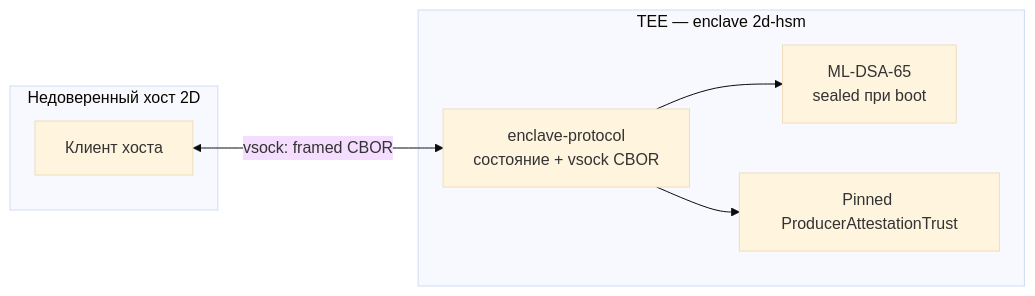
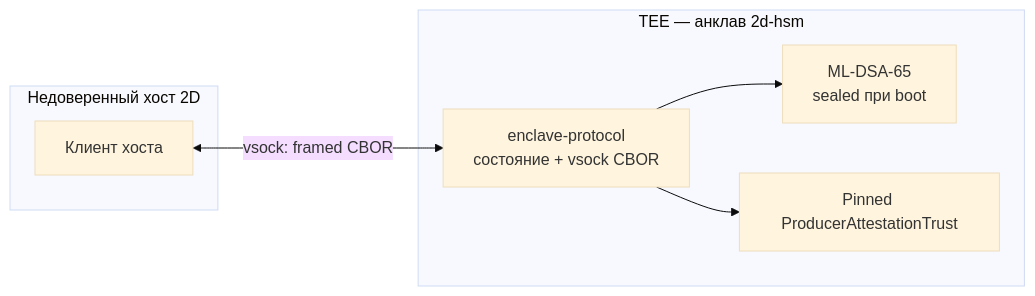
Before and after one commit to igor53627/2d-docs: the first of 2 diagrams in src/content/docs/ru/architecture/pq-signing-tee.mdx, drawn with Mermaid (base theme). The commit also changed other lines of this file and 1 other file, not shown here.

First line of the commit message:
docs(ru): improve Russian translation in architecture docs

````diff
--- a/src/content/docs/ru/architecture/pq-signing-tee.mdx
+++ b/src/content/docs/ru/architecture/pq-signing-tee.mdx
@@ -25,14 +25,14 @@
 ```mermaid
 flowchart LR
   subgraph host["Недоверенный хост 2D"]
     client["Клиент хоста"]
   end
-  subgraph tee["TEE — enclave 2d-hsm"]
+  subgraph tee["TEE — анклав 2d-hsm"]
     proto["enclave-protocol<br/>состояние + vsock CBOR"]
     pq["ML-DSA-65<br/>sealed при boot"]
     trust["Pinned ProducerAttestationTrust"]
   end
   client <-->|"vsock: framed CBOR"| proto
   proto --> pq
   proto --> trust
 ```
````
